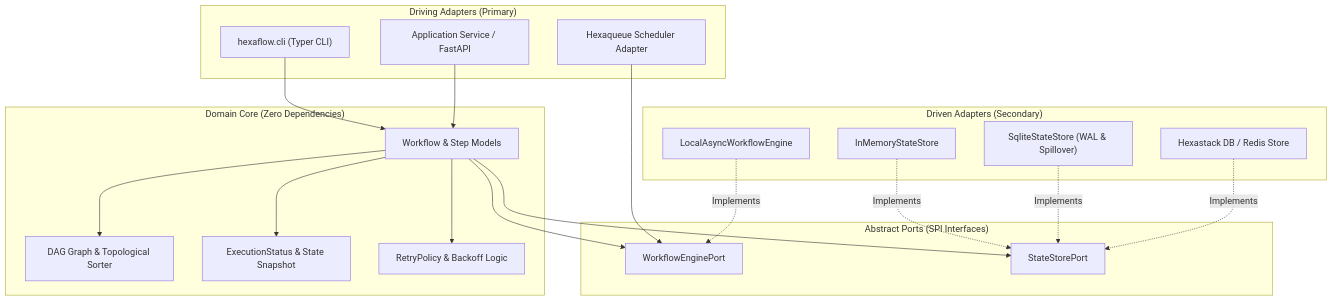
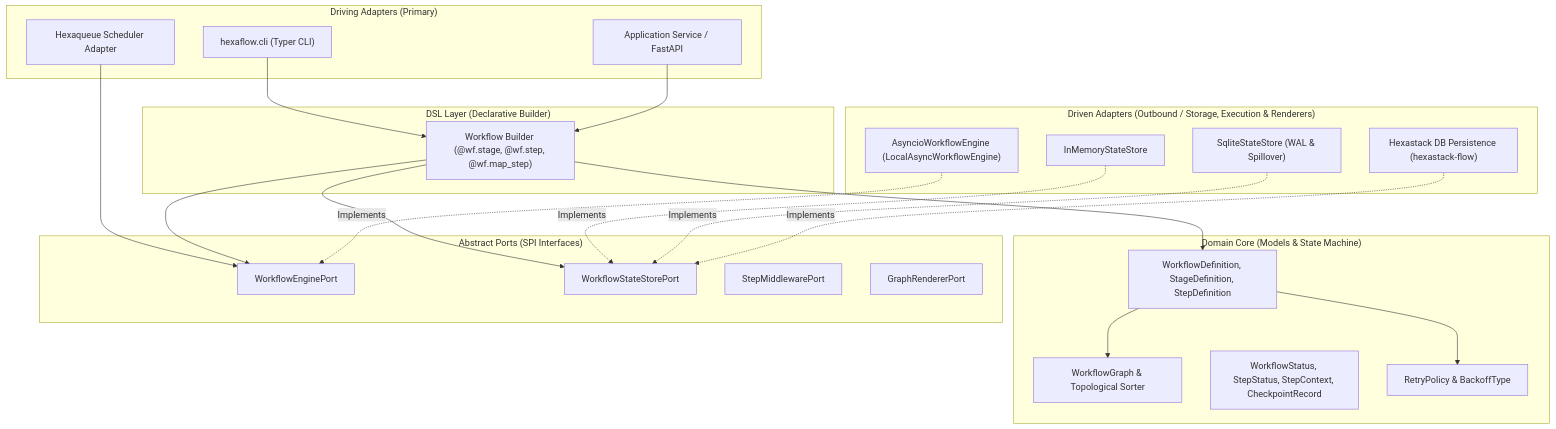
One commit to TheTrueSCU/hexaflow changed the first of 3 diagrams in docs/architecture.md. Above: the diagram before and after it, drawn with Mermaid. The commit also changed other lines of this file and 9 other files, not shown here.

````diff
--- a/docs/architecture.md
+++ b/docs/architecture.md
@@ -11,43 +11,48 @@
 ```mermaid
 graph TD
     subgraph DrivingAdapters ["Driving Adapters (Primary)"]
         CLI["hexaflow.cli (Typer CLI)"]
         APP["Application Service / FastAPI"]
         HQ["Hexaqueue Scheduler Adapter"]
     end
 
-    subgraph DomainCore ["Domain Core (Zero Dependencies)"]
-        WF["Workflow & Step Models"]
-        DAG["DAG Graph & Topological Sorter"]
-        STATE["ExecutionStatus & State Snapshot"]
-        RETRY["RetryPolicy & Backoff Logic"]
+    subgraph DSL ["DSL Layer (Declarative Builder)"]
+        DSL_WF["Workflow Builder (@wf.stage, @wf.step, @wf.map_step)"]
+    end
+
+    subgraph DomainCore ["Domain Core (Models & State Machine)"]
+        DEF["WorkflowDefinition, StageDefinition, StepDefinition"]
+        DAG["WorkflowGraph & Topological Sorter"]
+        STATE["WorkflowStatus, StepStatus, StepContext, CheckpointRecord"]
+        RETRY["RetryPolicy & BackoffType"]
     end
 
     subgraph Ports ["Abstract Ports (SPI Interfaces)"]
         EnginePort["WorkflowEnginePort"]
-        StorePort["StateStorePort"]
+        StorePort["WorkflowStateStorePort"]
+        MidPort["StepMiddlewarePort"]
+        RenderPort["GraphRendererPort"]
     end
 
-    subgraph DrivenAdapters ["Driven Adapters (Secondary)"]
-        LocalEngine["LocalAsyncWorkflowEngine"]
+    subgraph DrivenAdapters ["Driven Adapters (Outbound / Storage, Execution & Renderers)"]
+        LocalEngine["AsyncioWorkflowEngine (LocalAsyncWorkflowEngine)"]
         MemStore["InMemoryStateStore"]
         SqlStore["SqliteStateStore (WAL & Spillover)"]
-        StackStore["Hexastack DB / Redis Store"]
+        StackStore["Hexastack DB Persistence (hexastack-flow)"]
     end
 
-    CLI --> WF
-    APP --> WF
+    CLI --> DSL_WF
+    APP --> DSL_WF
     HQ --> EnginePort
 
-    WF --> DAG
-    WF --> STATE
-    WF --> RETRY
-
-    WF --> EnginePort
-    WF --> StorePort
+    DSL_WF --> DEF
+    DSL_WF --> EnginePort
+    DSL_WF --> StorePort
+    DEF --> DAG
+    DEF --> RETRY
 
     LocalEngine -.->|Implements| EnginePort
     MemStore -.->|Implements| StorePort
     SqlStore -.->|Implements| StorePort
     StackStore -.->|Implements| StorePort
 ```
````
